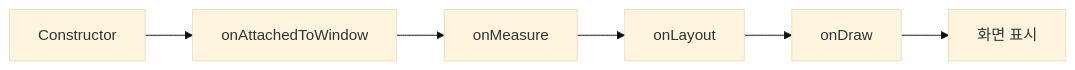
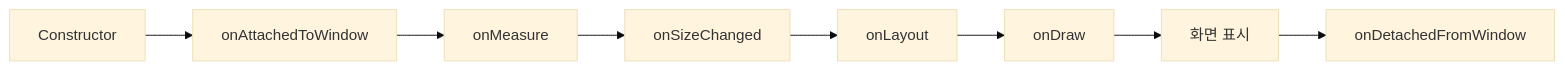
Before and after one commit to hanmango-o/Obsidian-Vault: the diagram in Study/Android/UI/XML/Android View 생명주기.md, drawn with Mermaid (base theme). The commit also changed other lines of this file and 7 other files, not shown here.

````diff
--- a/Study/Android/UI/XML/Android View 생명주기.md
+++ b/Study/Android/UI/XML/Android View 생명주기.md
@@ -19,8 +61,10 @@
 ```mermaid
 flowchart LR
     A[Constructor] --> B[onAttachedToWindow]
     B --> C[onMeasure]
-    C --> D[onLayout]
-    D --> E[onDraw]
-    E --> F[화면 표시]
+    C --> D[onSizeChanged]
+    D --> E[onLayout]
+    E --> F[onDraw]
+    F --> G[화면 표시]
+    G --> H[onDetachedFromWindow]
 ```
````
